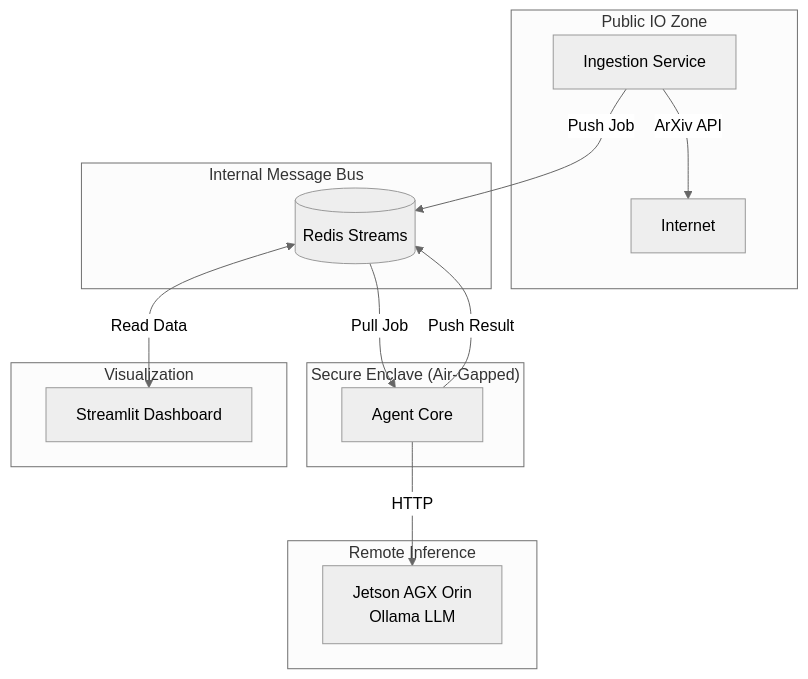
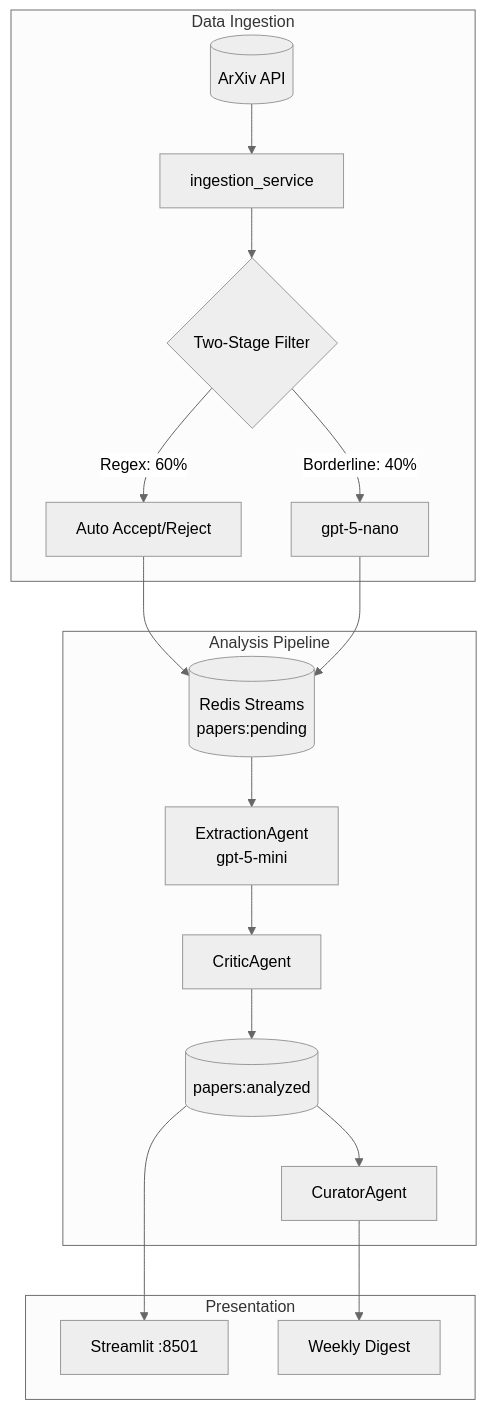
Before and after one commit to Kravty/ai-safety-radar: the diagram in docs/MATS_PORTFOLIO.md, drawn with Mermaid (neutral theme). The commit also changed other lines of this file and 8 other files, not shown here.

````diff
--- a/docs/MATS_PORTFOLIO.md
+++ b/docs/MATS_PORTFOLIO.md
@@ -32,28 +13,22 @@
 ```mermaid
-graph TD
-    subgraph "Public IO Zone"
-        Ingestion[Ingestion Service] -->|ArXiv API| Internet
-    end
-    
-    subgraph "Internal Message Bus"
-        Redis[(Redis Streams)]
-    end
-    
-    subgraph "Secure Enclave (Air-Gapped)"
-        Agent[Agent Core] 
-    end
-    
-    subgraph "Remote Inference"
-        Jetson[Jetson AGX Orin<br/>Ollama LLM]
-    end
-    
-    subgraph "Visualization"
-        Dashboard[Streamlit Dashboard]
+flowchart TB
+    subgraph "Data Ingestion"
+        ArXiv[(ArXiv API)] --> Ingestion[ingestion_service]
+        Ingestion --> Filter{Two-Stage Filter}
+        Filter -->|Regex: 60%| AutoDecision[Auto Accept/Reject]
+        Filter -->|Borderline: 40%| LLM[gpt-5-nano]
     end
 
-    Ingestion -->|Push Job| Redis
-    Redis -->|Pull Job| Agent
-    Agent -->|Push Result| Redis
-    Redis <-->|Read Data| Dashboard
-    Agent -->|HTTP| Jetson
+    subgraph "Analysis Pipeline"
+        AutoDecision & LLM --> Redis[(Redis Streams<br/>papers:pending)]
+        Redis --> Extract[ExtractionAgent<br/>gpt-5-mini]
+        Extract --> Critic[CriticAgent]
+        Critic --> Store[(papers:analyzed)]
+        Store --> Curator[CuratorAgent]
+    end
+
+    subgraph "Presentation"
+        Store --> Dashboard[Streamlit :8501]
+        Curator --> Digest[Weekly Digest]
+    end
 ```
````
